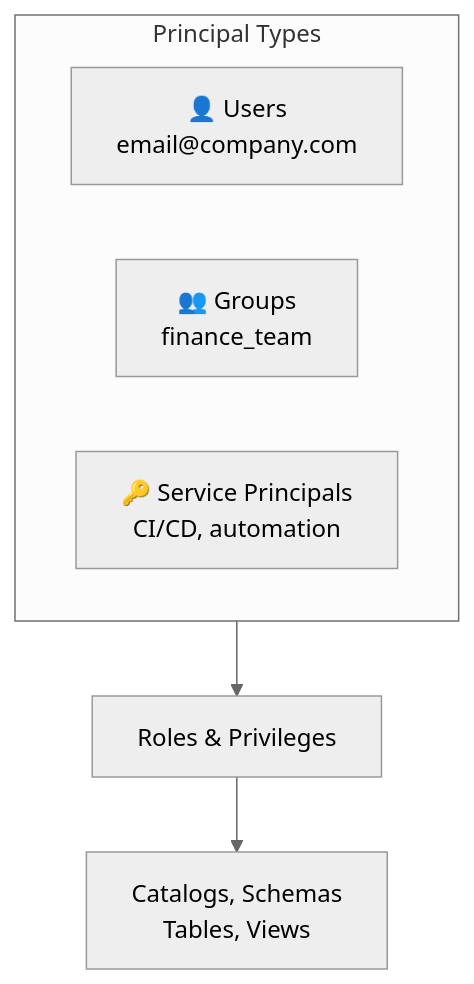
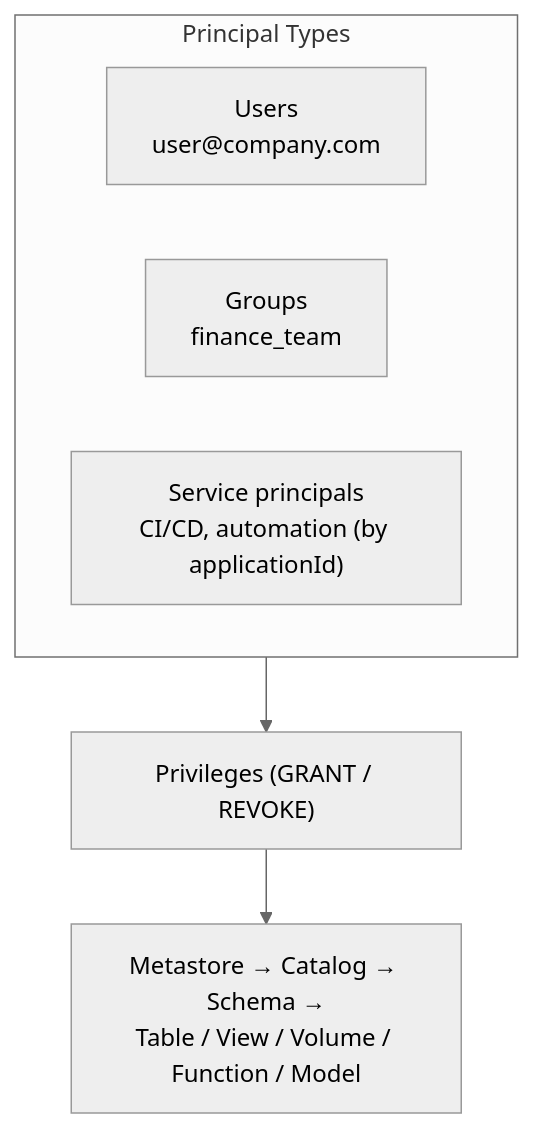
Before and after one commit to kengio/databricks-certification-study-guide: the diagram in certifications/data-engineer-associate/07-governance-and-security/03-access-control-permissions.md, drawn with Mermaid (neutral theme). The commit also changed other lines of this file and 8 other files, not shown here.

````diff
--- a/certifications/data-engineer-associate/07-governance-and-security/03-access-control-permissions.md
+++ b/certifications/data-engineer-associate/07-governance-and-security/03-access-control-permissions.md
@@ -32,11 +32,10 @@
 ```mermaid
 flowchart TB
     subgraph Principals["Principal Types"]
-        User["👤 Users<br/>email@company.com"]
-        Group["👥 Groups<br/>finance_team"]
-        SP["🔑 Service Principals<br/>CI/CD, automation"]
+        User["Users<br/>user@company.com"]
+        Group["Groups<br/>finance_team"]
+        SP["Service principals<br/>CI/CD, automation (by applicationId)"]
     end
-
-    Principals --> Roles["Roles & Privileges"]
-    Roles --> Objects["Catalogs, Schemas<br/>Tables, Views"]
+    Principals --> Privileges["Privileges (GRANT / REVOKE)"]
+    Privileges --> Objects["Metastore → Catalog → Schema →<br/>Table / View / Volume / Function / Model"]
 ```
````
